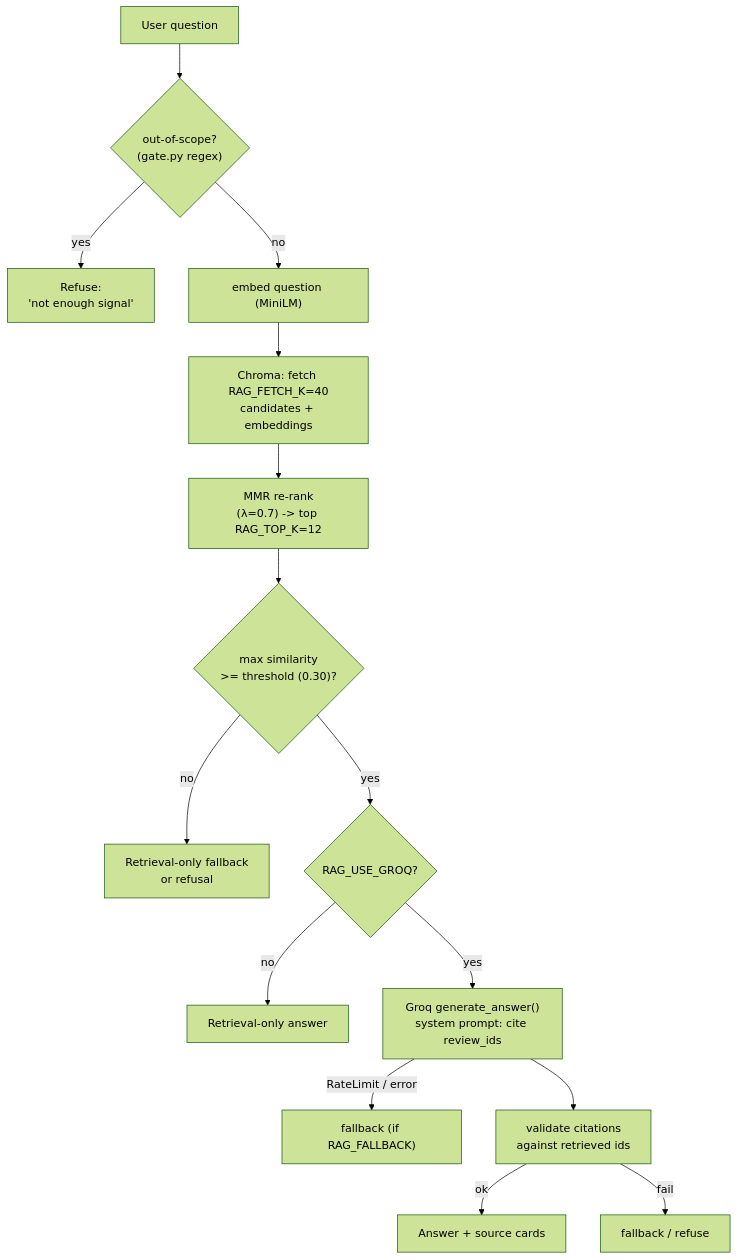
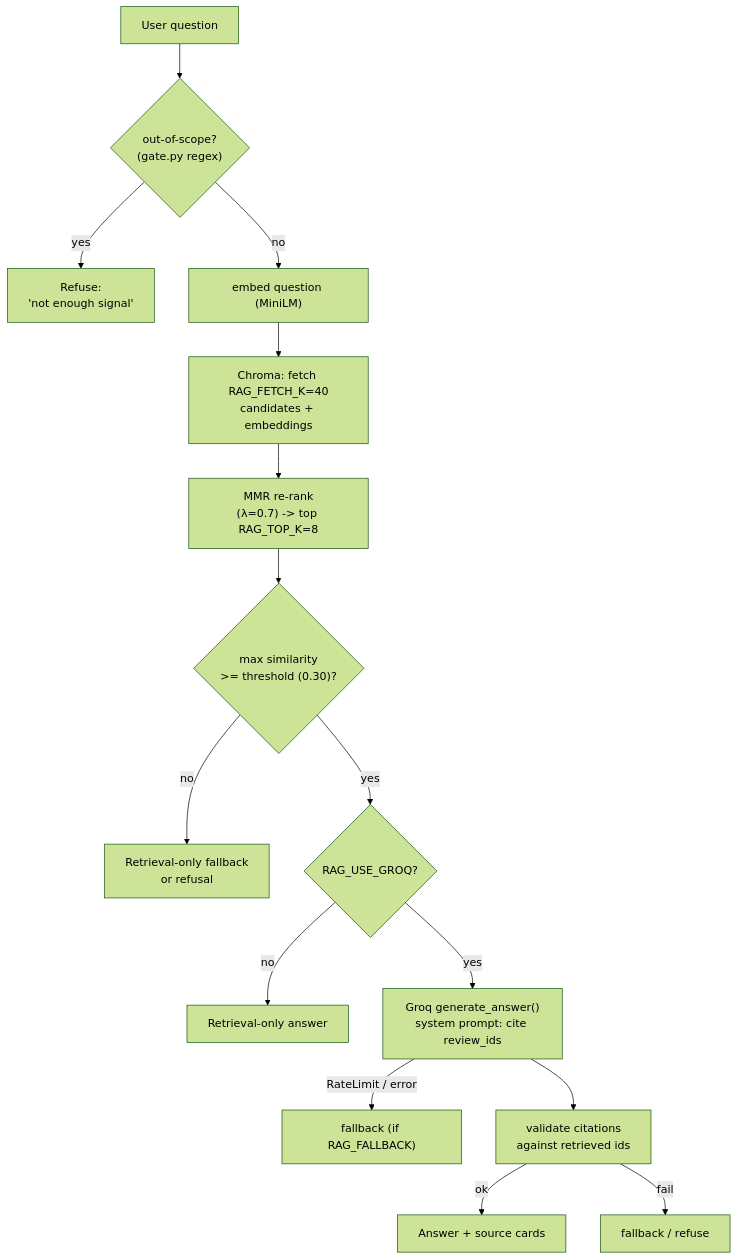
One commit to barathankavin/spotify-review-discovery-engine changed the sixth of 11 diagrams in HOW_IT_WORKS.md. Above: the diagram before and after it, drawn with Mermaid (forest theme). The commit also changed other lines of this file and 3 other files, not shown here.

First line of the commit message:
Set RAG_TOP_K default to 8

````diff
--- a/HOW_IT_WORKS.md
+++ b/HOW_IT_WORKS.md
@@ -235,17 +235,17 @@
 ```mermaid
 flowchart TB
     Q["User question"] --> OOS{"out-of-scope?<br/>(gate.py regex)"}
     OOS -- yes --> REF1["Refuse:<br/>'not enough signal'"]
     OOS -- no --> EMB["embed question (MiniLM)"]
     EMB --> FETCH["Chroma: fetch RAG_FETCH_K=40<br/>candidates + embeddings"]
-    FETCH --> MMR["MMR re-rank<br/>(λ=0.7) -> top RAG_TOP_K=12"]
+    FETCH --> MMR["MMR re-rank<br/>(λ=0.7) -> top RAG_TOP_K=8"]
     MMR --> TH{"max similarity<br/>>= threshold (0.30)?"}
     TH -- no --> FB1["Retrieval-only fallback<br/>or refusal"]
     TH -- yes --> USE{"RAG_USE_GROQ?"}
     USE -- no --> FB2["Retrieval-only answer"]
     USE -- yes --> GEN["Groq generate_answer()<br/>system prompt: cite review_ids"]
     GEN -->|RateLimit / error| FB3["fallback (if RAG_FALLBACK)"]
     GEN --> VAL["validate citations<br/>against retrieved ids"]
     VAL -->|ok| ANS["Answer + source cards"]
     VAL -->|fail| FB4["fallback / refuse"]
 ```
````
